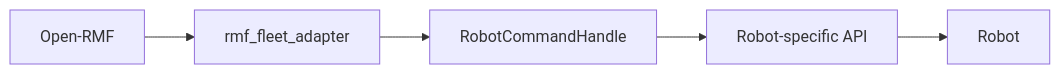
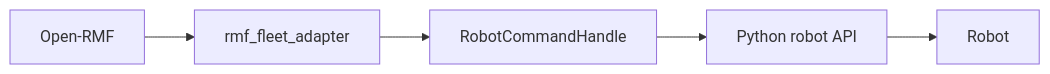
The first of 2 diagrams in vda5050_core/docs/rmf-migration.md (eileentyz/vda5050_core), drawn with Mermaid before and after one commit. The commit also changed other lines of this file and 1 other file, not shown here.

Commit message:
docs(rmf-migration): update to python bindings

````diff
--- a/vda5050_core/docs/rmf-migration.md
+++ b/vda5050_core/docs/rmf-migration.md
@@ -33,7 +36,7 @@
 ```mermaid
 flowchart LR
     RMF[Open-RMF] --> Fleet[rmf_fleet_adapter]
     Fleet --> Commands[RobotCommandHandle]
-    Commands --> API[Robot-specific API]
+    Commands --> API[Python robot API]
     API --> Robot
 ```
````
